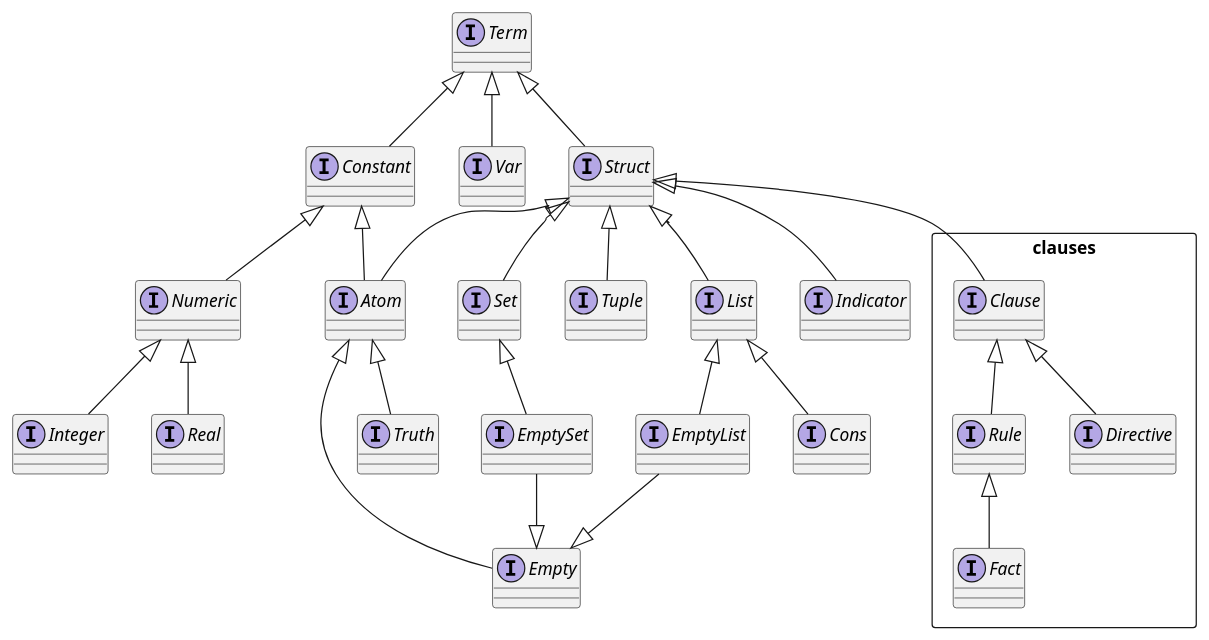
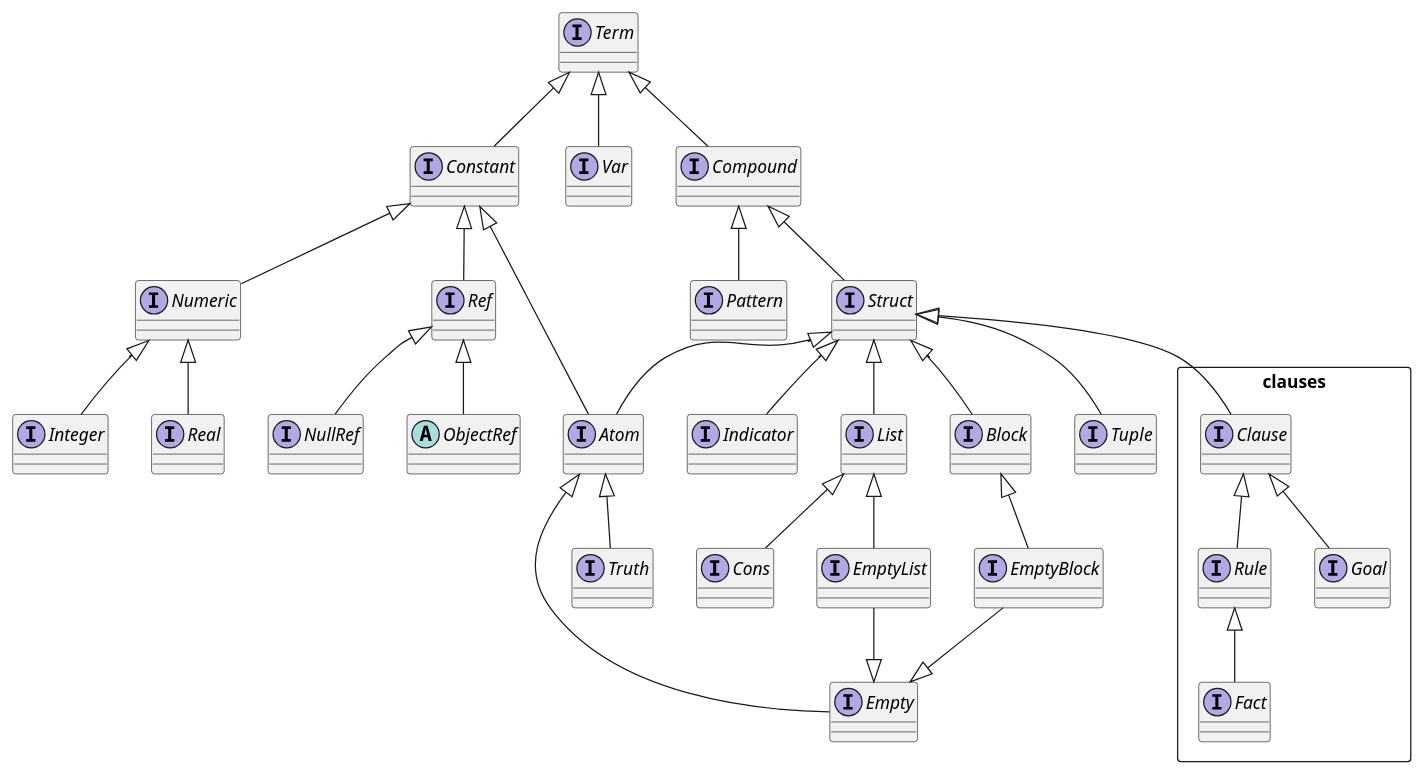
The diagram in documentation/diagrams/terms-nofields.puml (tuProlog/2p-kt), drawn with PlantUML before and after one commit. The commit also changed 9 other files, not shown here.

```diff
--- a/documentation/diagrams/terms-nofields.puml
+++ b/documentation/diagrams/terms-nofields.puml
@@ -1,60 +1,72 @@
 @startuml
 skinparam shadowing false
 
 interface Term
 interface Constant
 interface Var
+interface Compound
 interface Struct
+interface Pattern
 interface Numeric
 interface Integer
 interface Real
+interface Ref
+abstract class ObjectRef
+interface NullRef
 interface Atom
 interface Truth
 interface Indicator
 interface Empty
-interface EmptySet
+interface EmptyBlock
 interface EmptyList
 interface List
 interface Cons
-interface Set
+interface Block
 interface Tuple
 
-Term <|-down- Struct
+Term <|-down- Compound
 Term <|-down- Constant
 Term <|-down- Var
 
+Compound <|-down- Struct
+Compound <|-down- Pattern
+
 Constant <|-down- Numeric
 Constant <|-down- Atom
+Constant <|-down- Ref
 
 Numeric <|-down- Real
 Numeric <|-down- Integer
 
+Ref <|-down- ObjectRef
+Ref <|-down- NullRef
+
 Struct <|-down- Atom
 Struct <|-down- List
 Struct <|-down- Tuple
-Struct <|-down- Set
+Struct <|-down- Block
 Struct <|-down- Indicator
 
 Atom <|-down- Truth
 Atom <|-down- Empty
 
 Empty <|-up- EmptyList
-Empty <|-up- EmptySet
+Empty <|-up- EmptyBlock
 
 List <|-down- EmptyList
 List <|-down- Cons
-Set <|-down- EmptySet
+Block <|-down- EmptyBlock
 
 package clauses <<Rectangle>> {
 
     interface Clause
     interface Rule
-    interface Directive
+    interface Goal
     interface Fact
     Struct <|-down- Clause
     Clause <|-down- Rule
-    Clause <|-down- Directive
+    Clause <|-down- Goal
     Rule <|-down- Fact
 
 }
 @enduml
```
